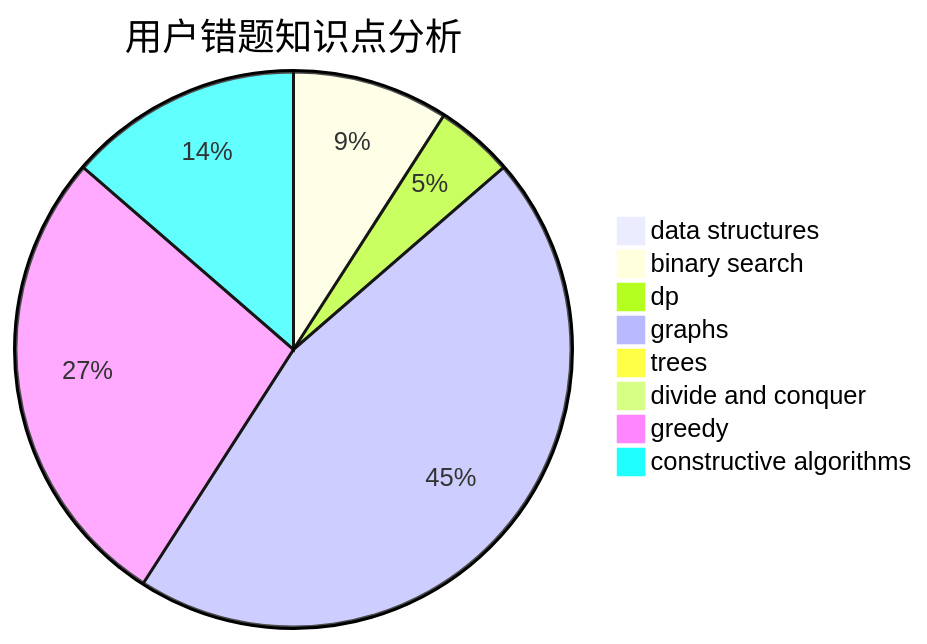
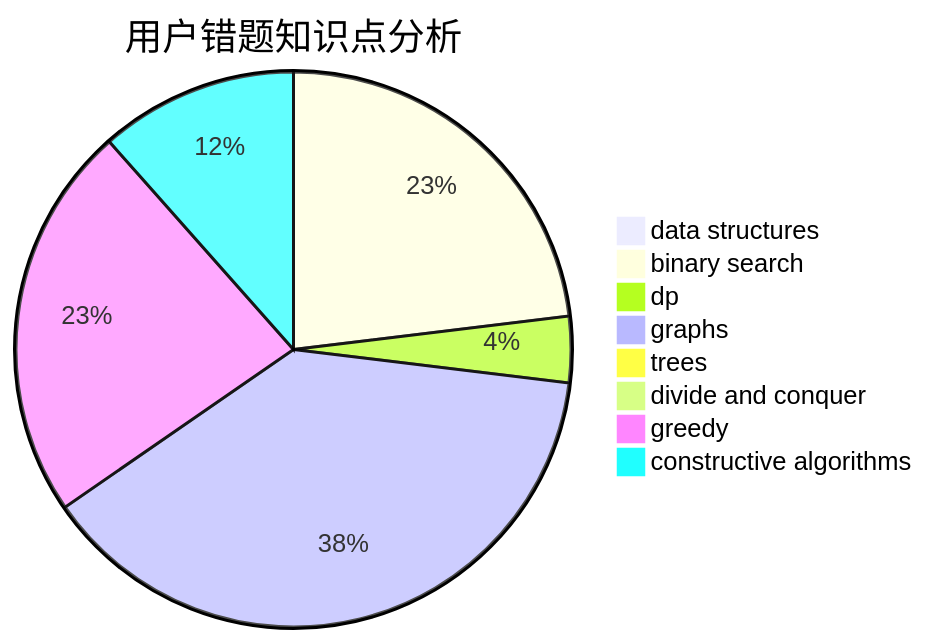
The third of 3 diagrams in docs/user/u2604.md (sherpahu/cfrs.github.io), drawn with Mermaid before and after one commit. The commit also changed other lines of this file and 2770 other files, not shown here.

````diff
--- a/docs/user/u2604.md
+++ b/docs/user/u2604.md
@@ -36,11 +36,11 @@
 ```mermaid
 pie title 用户错题知识点分析
     "data structures" :  0
-    "binary search" :  2
+    "binary search" :  6
     "dp" :  1
     "graphs" :  10
     "trees" :  0
     "divide and conquer" :  0
     "greedy" :  6
     "constructive algorithms" :  3
 ```
````
